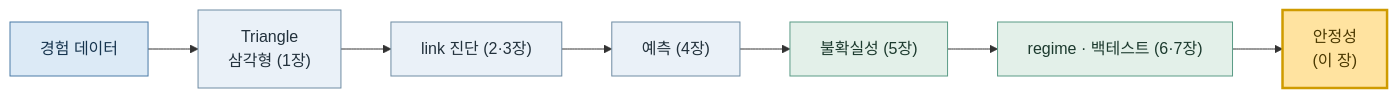
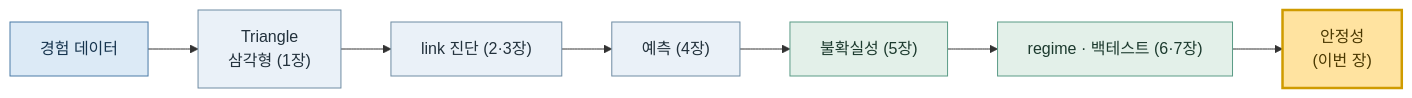
One commit to seokhoonj/lossratio changed the diagram in docs/tutorial/08-stability.md. Above: the diagram before and after it, drawn with Mermaid. The commit also changed 3 other files, not shown here.

First line of the commit message:
docs: use 이번 장 for the current-chapter marker in the flow diagrams

````diff
--- a/docs/tutorial/08-stability.md
+++ b/docs/tutorial/08-stability.md
@@ -16,17 +16,17 @@
 ```{mermaid}
 flowchart LR
   A["경험 데이터"] --> B["Triangle<br/>삼각형 (1장)"]
   B --> C["link 진단 (2·3장)"]
   C --> D["예측 (4장)"]
   D --> E["불확실성 (5장)"]
   E --> F["regime · 백테스트 (6·7장)"]
-  F --> G["안정성<br/>(이 장)"]
+  F --> G["안정성<br/>(이번 장)"]
   classDef data fill:#dceaf6,stroke:#4a7ba6,color:#16344e
   classDef estimate fill:#eaf1f8,stroke:#6f8ca3,color:#22313c
   classDef validate fill:#e3f0e9,stroke:#5a9b86,color:#1c3a2e
   classDef current fill:#ffe3a0,stroke:#cf9b00,color:#4a3800,stroke-width:2.5px
   class A data
   class B,C,D estimate
   class E,F validate
   class G current
 ```
````
